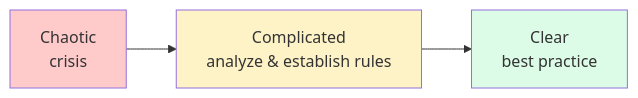
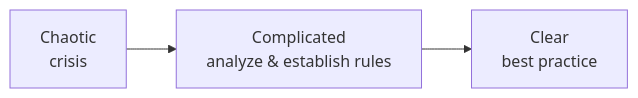
The third of 3 diagrams in docs/explanation/everything-as-code/cynefin-framework.md (ready-to-release/eac), drawn with Mermaid before and after one commit. The commit also changed other lines of this file and 28 other files, not shown here.

````diff
--- a/docs/explanation/everything-as-code/cynefin-framework.md
+++ b/docs/explanation/everything-as-code/cynefin-framework.md
@@ -212,7 +200,4 @@
 ```mermaid
 flowchart LR
     A[Chaotic<br/>crisis] --> B[Complicated<br/>analyze & establish rules] --> C[Clear<br/>best practice]
-    style A fill:#fecaca
-    style B fill:#fef3c7
-    style C fill:#dcfce7
 ```
````
